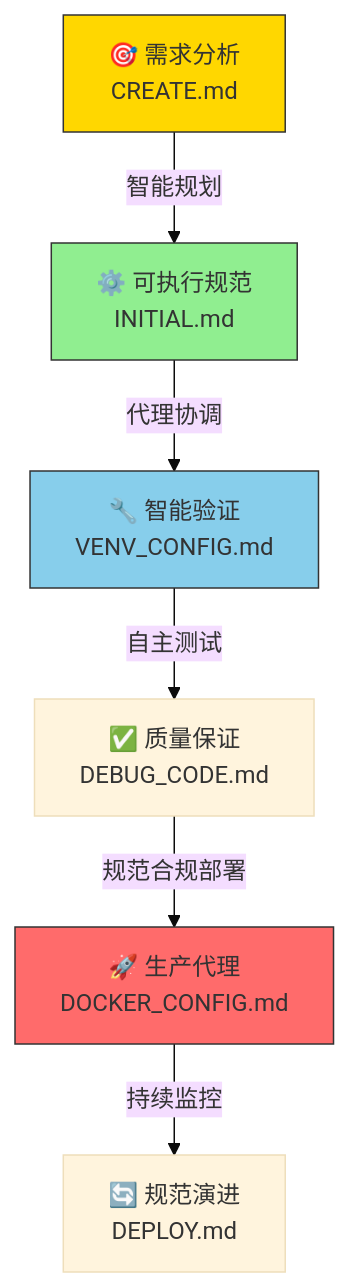
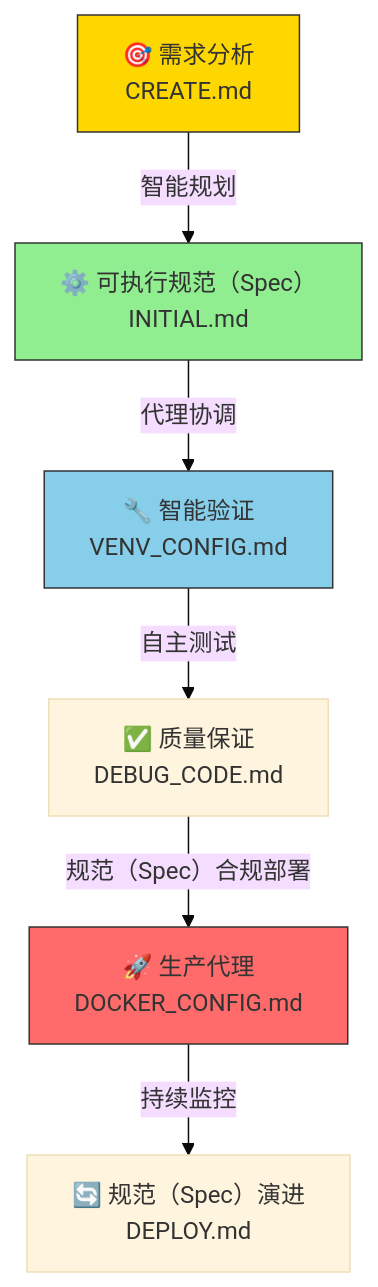
Before and after one commit to ouyangshixiong/context-engineering-zh: the third of 10 diagrams in README.md, drawn with Mermaid (base theme). The commit also changed other lines of this file and 4 other files, not shown here.

````diff
--- a/README.md
+++ b/README.md
@@ -157,13 +157,13 @@
 ```mermaid
 flowchart TD
-    A[🎯 需求分析<br/>CREATE.md] -->|智能规划| B[⚙️ 可执行规范<br/>INITIAL.md]
+    A[🎯 需求分析<br/>CREATE.md] -->|智能规划| B[⚙️ 可执行规范（Spec）<br/>INITIAL.md]
     B -->|代理协调| C[🔧 智能验证<br/>VENV_CONFIG.md]
     C -->|自主测试| D[✅ 质量保证<br/>DEBUG_CODE.md]
-    D -->|规范合规部署| E[🚀 生产代理<br/>DOCKER_CONFIG.md]
-    E -->|持续监控| F[🔄 规范演进<br/>DEPLOY.md]
+    D -->|规范（Spec）合规部署| E[🚀 生产代理<br/>DOCKER_CONFIG.md]
+    E -->|持续监控| F[🔄 规范（Spec）演进<br/>DEPLOY.md]
     
     style A fill:#FFD700,stroke:#333
     style B fill:#90EE90,stroke:#333
     style C fill:#87CEEB,stroke:#333
     style E fill:#FF6B6B,stroke:#333
 ```
````
